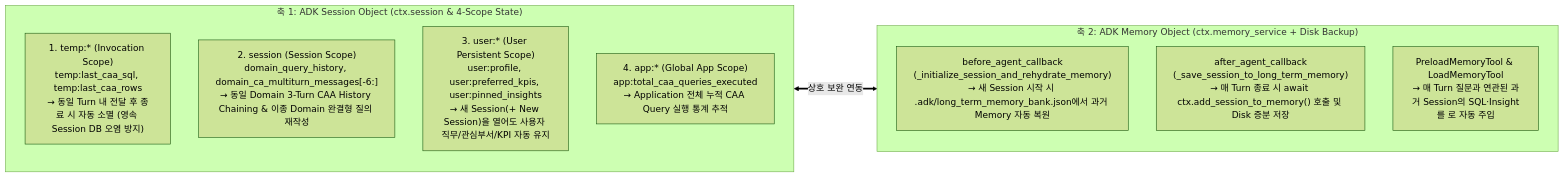
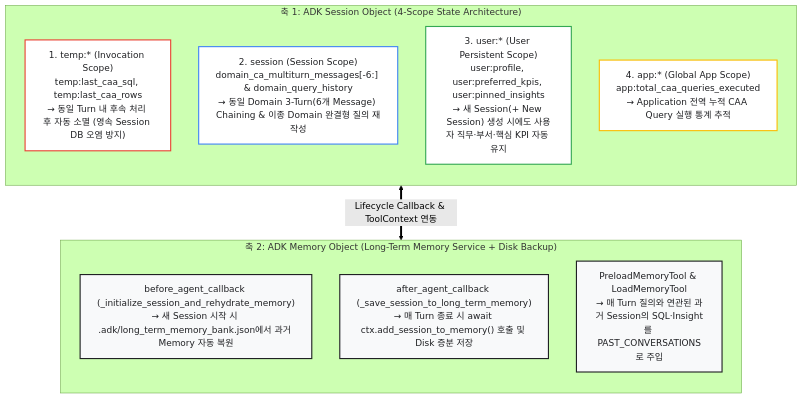
One commit to rhkim77/adk_with_bq_caa_lab changed the second of 2 diagrams in docs/ARCHITECTURE_DEEP_DIVE_KO.md. Above: the diagram before and after it, drawn with Mermaid (forest theme). The commit also changed other lines of this file and 3 other files, not shown here.

Commit message:
docs: rewrite repository markdown guides to conform to CE authoring and Mermaid standards

````diff
--- a/docs/ARCHITECTURE_DEEP_DIVE_KO.md
+++ b/docs/ARCHITECTURE_DEEP_DIVE_KO.md
@@ -108,17 +105,25 @@
 ```mermaid
-flowchart LR
-  subgraph SessionObj["축 1: ADK Session Object (ctx.session & 4-Scope State)"]
-    S1["1. temp:* (Invocation Scope)<br/>temp:last_caa_sql, temp:last_caa_rows<br/>→ 동일 Turn 내 전달 후 종료 시 자동 소멸 (영속 Session DB 오염 방지)"]
-    S2["2. session (Session Scope)<br/>domain_query_history, domain_ca_multiturn_messages[-6:]<br/>→ 동일 Domain 3-Turn CAA History Chaining & 이종 Domain 완결형 질의 재작성"]
-    S3["3. user:* (User Persistent Scope)<br/>user:profile, user:preferred_kpis, user:pinned_insights<br/>→ 새 Session(+ New Session)을 열어도 사용자 직무/관심부서/KPI 자동 유지"]
-    S4["4. app:* (Global App Scope)<br/>app:total_caa_queries_executed<br/>→ Application 전체 누적 CAA Query 실행 통계 추적"]
+flowchart TD
+  classDef scopeTemp fill:#FFFFFF,stroke:#EA4335,stroke-width:2px,color:#202124
+  classDef scopeSess fill:#FFFFFF,stroke:#4285F4,stroke-width:2px,color:#202124
+  classDef scopeUser fill:#FFFFFF,stroke:#34A853,stroke-width:2px,color:#202124
+  classDef scopeApp fill:#FFFFFF,stroke:#FBBC04,stroke-width:2px,color:#202124
+  classDef memNode fill:#F8F9FA,stroke:#202124,stroke-width:2px,color:#202124
+
+  subgraph SessionLayer["축 1: ADK Session Object (4-Scope State Architecture)"]
+    direction TB
+    S1["1. temp:* (Invocation Scope)<br/>temp:last_caa_sql, temp:last_caa_rows<br/>→ 동일 Turn 내 후속 처리 후 자동 소멸 (영속 Session DB 오염 방지)"]:::scopeTemp
+    S2["2. session (Session Scope)<br/>domain_ca_multiturn_messages[-6:] & domain_query_history<br/>→ 동일 Domain 3-Turn(6개 Message) Chaining & 이종 Domain 완결형 질의 재작성"]:::scopeSess
+    S3["3. user:* (User Persistent Scope)<br/>user:profile, user:preferred_kpis, user:pinned_insights<br/>→ 새 Session(+ New Session) 생성 시에도 사용자 직무·부서·핵심 KPI 자동 유지"]:::scopeUser
+    S4["4. app:* (Global App Scope)<br/>app:total_caa_queries_executed<br/>→ Application 전역 누적 CAA Query 실행 통계 추적"]:::scopeApp
   end
 
-  subgraph MemoryObj["축 2: ADK Memory Object (ctx.memory_service + Disk Backup)"]
-    M1["before_agent_callback<br/>(_initialize_session_and_rehydrate_memory)<br/>→ 새 Session 시작 시 .adk/long_term_memory_bank.json에서 과거 Memory 자동 복원"]
-    M2["after_agent_callback<br/>(_save_session_to_long_term_memory)<br/>→ 매 Turn 종료 시 await ctx.add_session_to_memory() 호출 및 Disk 증분 저장"]
-    M3["PreloadMemoryTool & LoadMemoryTool<br/>→ 매 Turn 질문과 연관된 과거 Session의 SQL·Insight를 <PAST_CONVERSATIONS>로 자동 주입"]
+  subgraph MemoryLayer["축 2: ADK Memory Object (Long-Term Memory Service + Disk Backup)"]
+    direction TB
+    M1["before_agent_callback (_initialize_session_and_rehydrate_memory)<br/>→ 새 Session 시작 시 .adk/long_term_memory_bank.json에서 과거 Memory 자동 복원"]:::memNode
+    M2["after_agent_callback (_save_session_to_long_term_memory)<br/>→ 매 Turn 종료 시 await ctx.add_session_to_memory() 호출 및 Disk 증분 저장"]:::memNode
+    M3["PreloadMemoryTool & LoadMemoryTool<br/>→ 매 Turn 질의와 연관된 과거 Session의 SQL·Insight를 PAST_CONVERSATIONS로 주입"]:::memNode
   end
 
-  SessionObj <==>|"상호 보완 연동"| MemoryObj
+  SessionLayer <==>|"Lifecycle Callback & ToolContext 연동"| MemoryLayer
 ```
````
